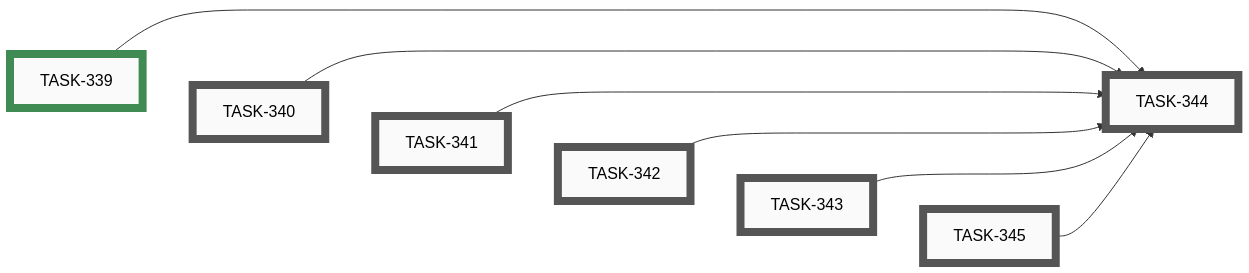
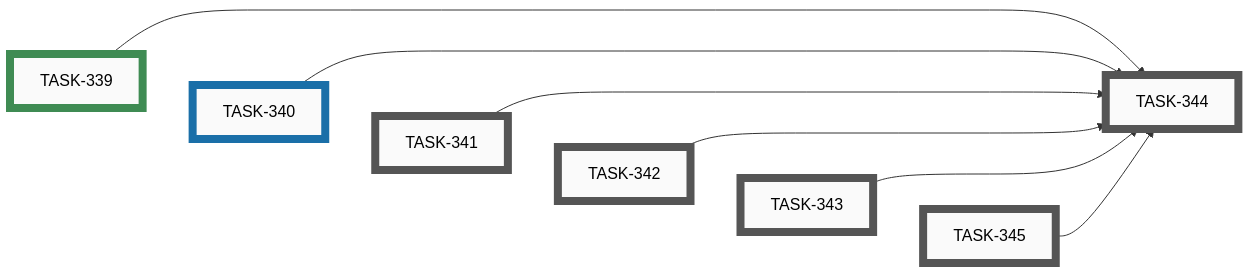
Before and after one commit to tgd1975/AwesomeStudioPedal: the ninth of 10 diagrams in docs/developers/tasks/EPICS.md, drawn with Mermaid. The commit also changed other lines of this file and 7 other files, not shown here.

````diff
--- a/docs/developers/tasks/EPICS.md
+++ b/docs/developers/tasks/EPICS.md
@@ -366,32 +366,32 @@
 ```mermaid
 graph LR
-    TASK_340["TASK-340"]:::open
     TASK_341["TASK-341"]:::open
     TASK_342["TASK-342"]:::open
     TASK_343["TASK-343"]:::open
     TASK_344["TASK-344"]:::open
     TASK_345["TASK-345"]:::open
+    TASK_340["TASK-340"]:::active
     TASK_339["TASK-339"]:::closed
     TASK_339 --> TASK_344
     TASK_340 --> TASK_344
     TASK_341 --> TASK_344
     TASK_342 --> TASK_344
     TASK_343 --> TASK_344
     TASK_345 --> TASK_344
     TASK_339 ~~~ TASK_340 ~~~ TASK_341 ~~~ TASK_342 ~~~ TASK_343 ~~~ TASK_345
-    click TASK_340 "open/task-340-add-asp-logo-to-profile-builder-header.md"
     click TASK_341 "open/task-341-add-asp-logo-to-configuration-builder-header.md"
     click TASK_342 "open/task-342-add-asp-logo-to-mobile-app-appbar.md"
     click TASK_343 "open/task-343-add-github-social-preview-image.md"
     click TASK_344 "open/task-344-archive-idea-049-after-logo-tasks-shipped.md"
     click TASK_345 "open/task-345-swap-android-launcher-icon-to-asp-mark.md"
+    click TASK_340 "active/task-340-add-asp-logo-to-profile-builder-header.md"
     click TASK_339 "closed/task-339-add-asp-logo-to-web-simulator-header.md"
     classDef open    fill:#FAFAFA,stroke:#555,stroke-width:8px,color:#000
     classDef active  fill:#FAFAFA,stroke:#1A6FA8,stroke-width:8px,color:#000
     classDef closed  fill:#FAFAFA,stroke:#3F8B53,stroke-width:8px,color:#000
     classDef paused  fill:#FAFAFA,stroke:#B07810,stroke-width:8px,color:#000
     classDef openExt    fill:#000,stroke:#888,stroke-width:8px,color:#FFF
     classDef activeExt  fill:#000,stroke:#3FA9F5,stroke-width:8px,color:#FFF
     classDef closedExt  fill:#000,stroke:#7CC68A,stroke-width:8px,color:#FFF
     classDef pausedExt  fill:#000,stroke:#F0B030,stroke-width:8px,color:#FFF
 ```
````
